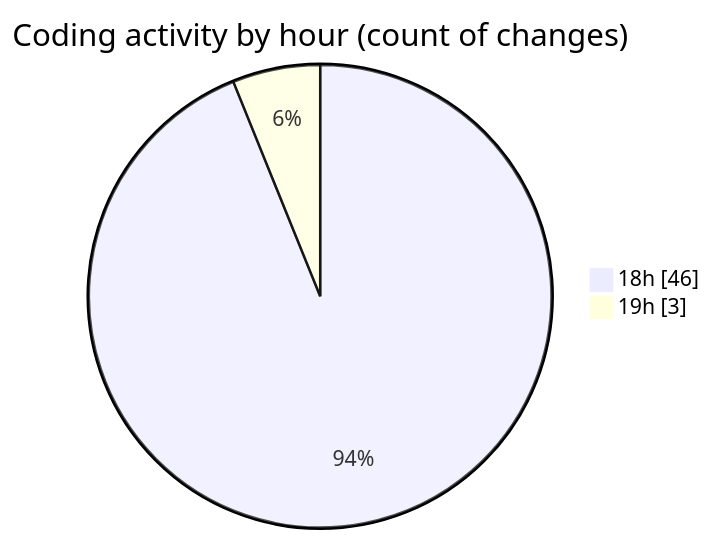
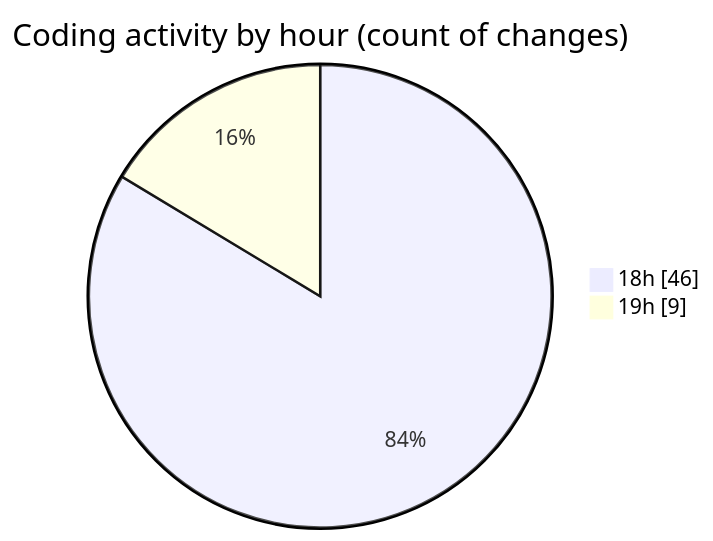
Before and after one commit to Ritupan-Deka/code-tracking: the second of 2 diagrams in 2025-07-05/hidden_search_widget/README.md, drawn with Mermaid. The commit also changed other lines of this file and 1 other file, not shown here.

````diff
--- a/2025-07-05/hidden_search_widget/README.md
+++ b/2025-07-05/hidden_search_widget/README.md
@@ -34,6 +34,6 @@
 ```mermaid
 pie showData
 title Coding activity by hour (count of changes)
 "18h" : 46
-"19h" : 3
+"19h" : 9
 ```
````
